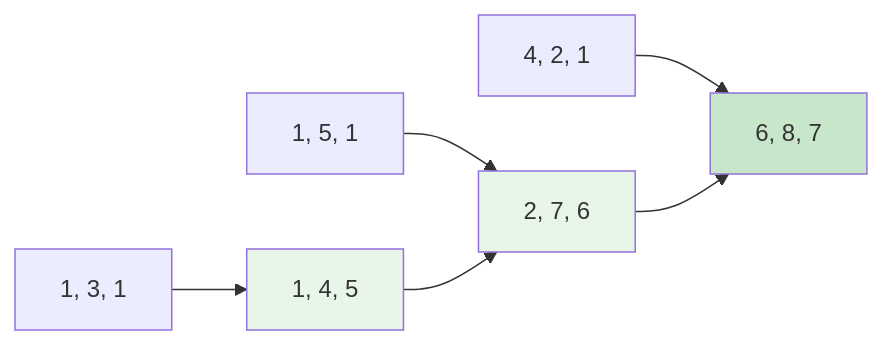
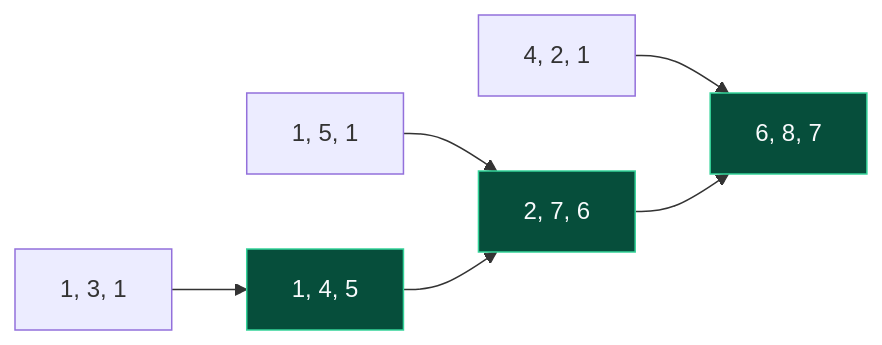
Before and after one commit to UnrealTemplier/go-textbook: the diagram in sources/21. Задачи с LeetCode и собеседований на Go/02. Задачи/19. Динамическое программирование 2D/5. Minimum Path Sum.md, drawn with Mermaid. The commit also changed 310 other files, not shown here.

First line of the commit message:
fix(mermaid): replace light fill colors with dark palette for readability on dark theme

````diff
--- a/sources/21. Задачи с LeetCode и собеседований на Go/02. Задачи/19. Динамическое программирование 2D/5. Minimum Path Sum.md
+++ b/sources/21. Задачи с LeetCode и собеседований на Go/02. Задачи/19. Динамическое программирование 2D/5. Minimum Path Sum.md
@@ -39,13 +39,13 @@
 ```mermaid
 flowchart LR
     A["1, 3, 1"] --> B["1, 4, 5"]
     C["1, 5, 1"] --> D["2, 7, 6"]
     E["4, 2, 1"] --> F["6, 8, 7"]
     
     B --> D
     D --> F
     
-    style B fill:#e8f5e9
-    style D fill:#e8f5e9
-    style F fill:#c8e6c9
+    style B fill:#064e3b,stroke:#34d399,color:#f8fafc
+    style D fill:#064e3b,stroke:#34d399,color:#f8fafc
+    style F fill:#064e3b,stroke:#34d399,color:#f8fafc
 ```
````
